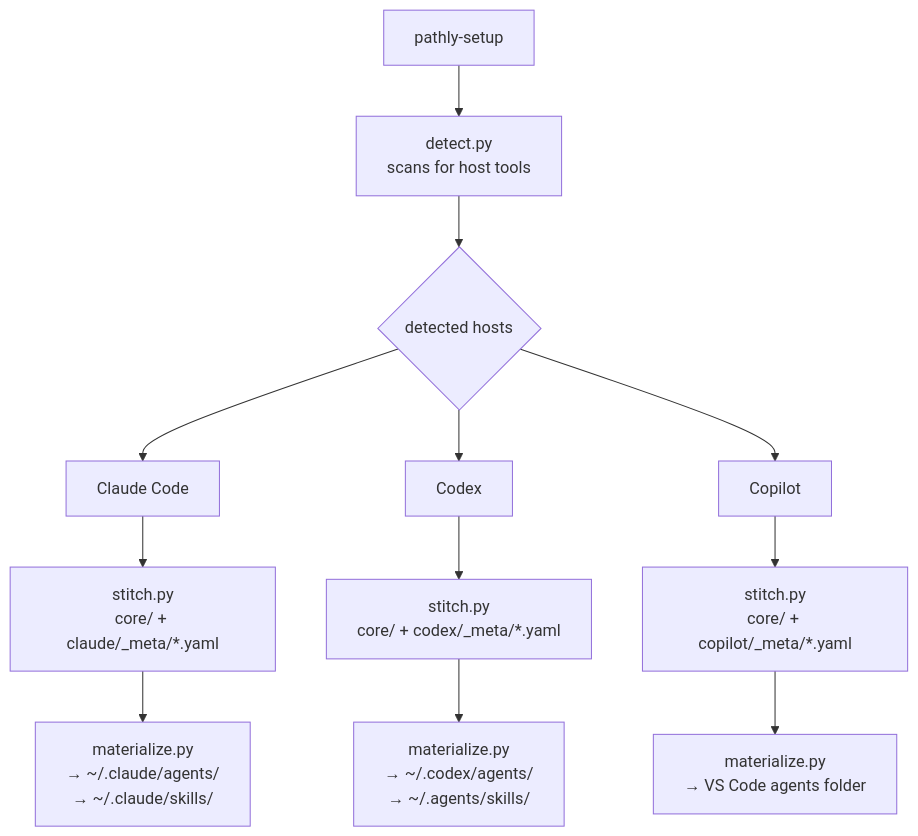
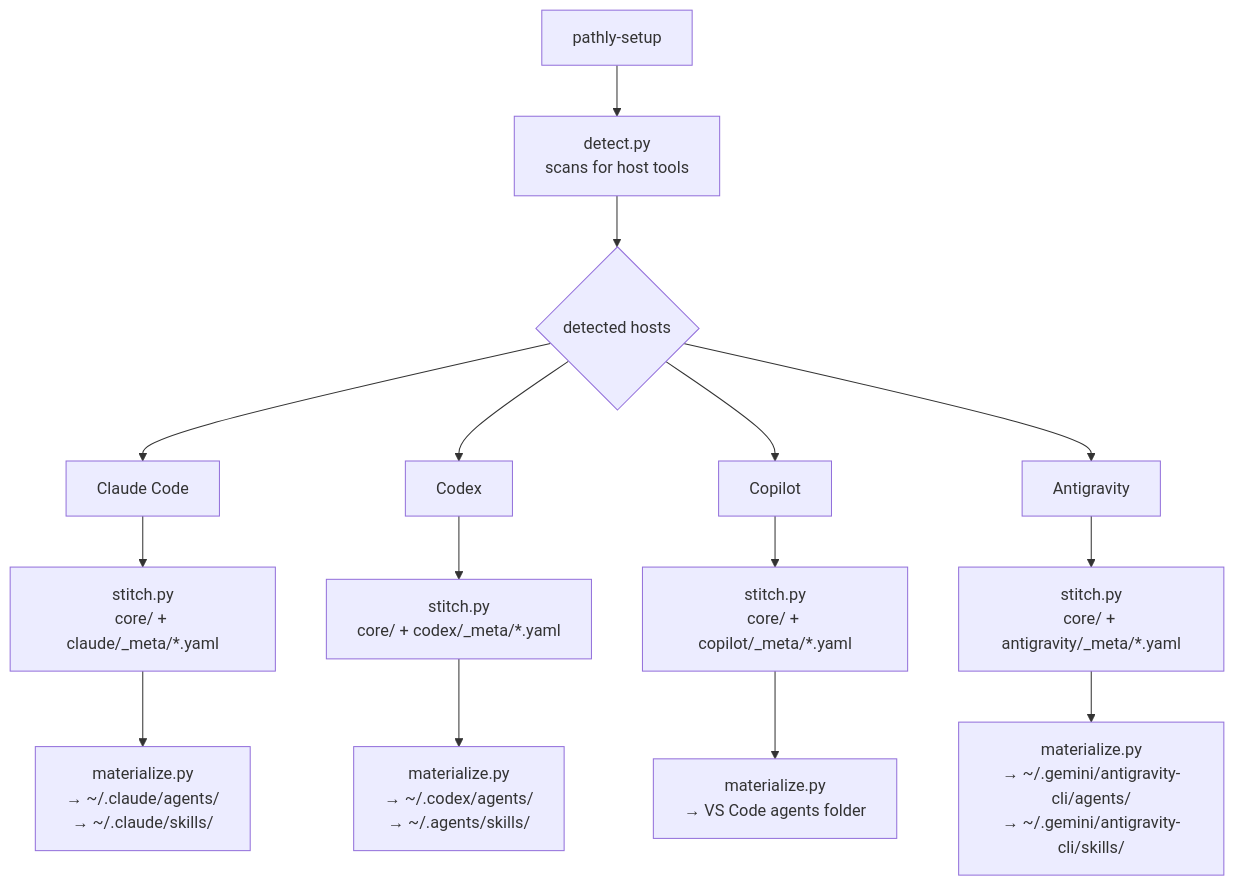
The second of 2 diagrams in docs/FLOW_DIAGRAM.md (hamilton-sky/pathly-adapters), drawn with Mermaid before and after one commit. The commit also changed other lines of this file and 261 other files, not shown here.

````diff
--- a/docs/FLOW_DIAGRAM.md
+++ b/docs/FLOW_DIAGRAM.md
@@ -33,14 +36,17 @@
 ```mermaid
 flowchart TD
     A[pathly-setup] --> B[detect.py\nscans for host tools]
     B --> C{detected hosts}
     C --> D[Claude Code]
     C --> E[Codex]
     C --> F[Copilot]
+    C --> AG[Antigravity]
     D --> G[stitch.py\ncore/ + claude/_meta/*.yaml]
     E --> H[stitch.py\ncore/ + codex/_meta/*.yaml]
     F --> I[stitch.py\ncore/ + copilot/_meta/*.yaml]
+    AG --> J2[stitch.py\ncore/ + antigravity/_meta/*.yaml]
     G --> J[materialize.py\n→ ~/.claude/agents/\n→ ~/.claude/skills/]
     H --> K[materialize.py\n→ ~/.codex/agents/\n→ ~/.agents/skills/]
     I --> L[materialize.py\n→ VS Code agents folder]
+    J2 --> M[materialize.py\n→ ~/.gemini/antigravity-cli/agents/\n→ ~/.gemini/antigravity-cli/skills/]
 ```
````
